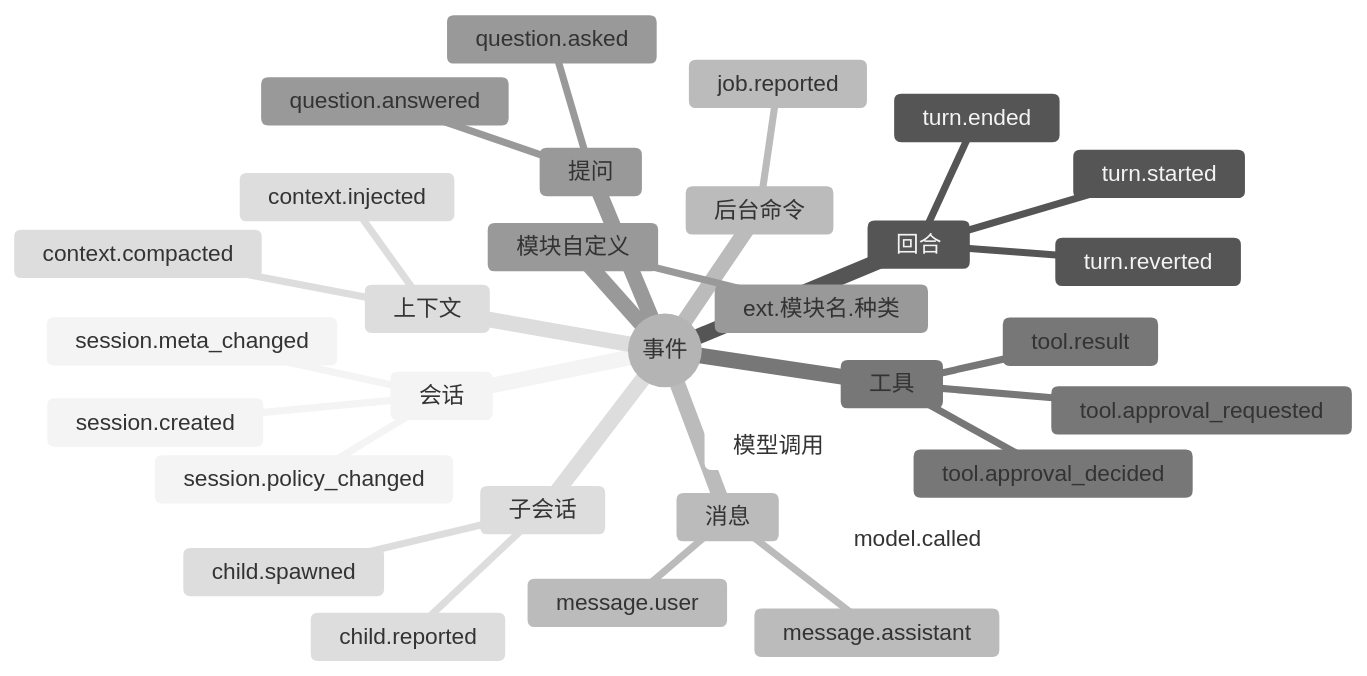
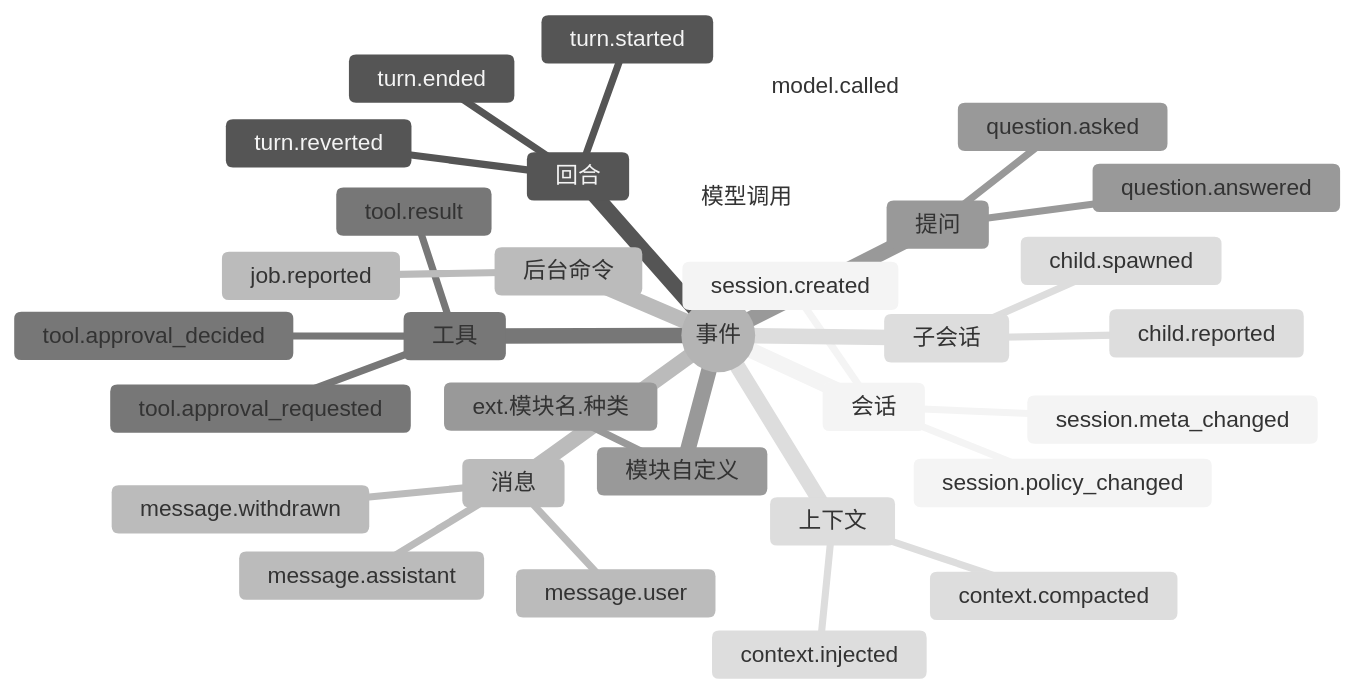
Before and after one commit to SHORiN-KiWATA/miyu-agent-remake: the first of 3 diagrams in docs/designs/03-事件模型.md, drawn with Mermaid (neutral theme). The commit also changed other lines of this file and 6 other files, not shown here.

First line of the commit message:
docs: 内核图纸补上排队的消息；打断分接着发和退回两种

````diff
--- a/docs/designs/03-事件模型.md
+++ b/docs/designs/03-事件模型.md
@@ -102,34 +102,35 @@
 ```mermaid
 mindmap
   root((事件))
     会话
       session.created
       session.policy_changed
       session.meta_changed
     回合
       turn.started
       turn.ended
       turn.reverted
     消息
       message.user
       message.assistant
+      message.withdrawn
     工具
       tool.result
       tool.approval_requested
       tool.approval_decided
     提问
       question.asked
       question.answered
     上下文
       context.injected
       context.compacted
     模型调用
       model.called
     子会话
       child.spawned
       child.reported
     后台命令
       job.reported
     模块自定义
       ext.模块名.种类
 ```
````
